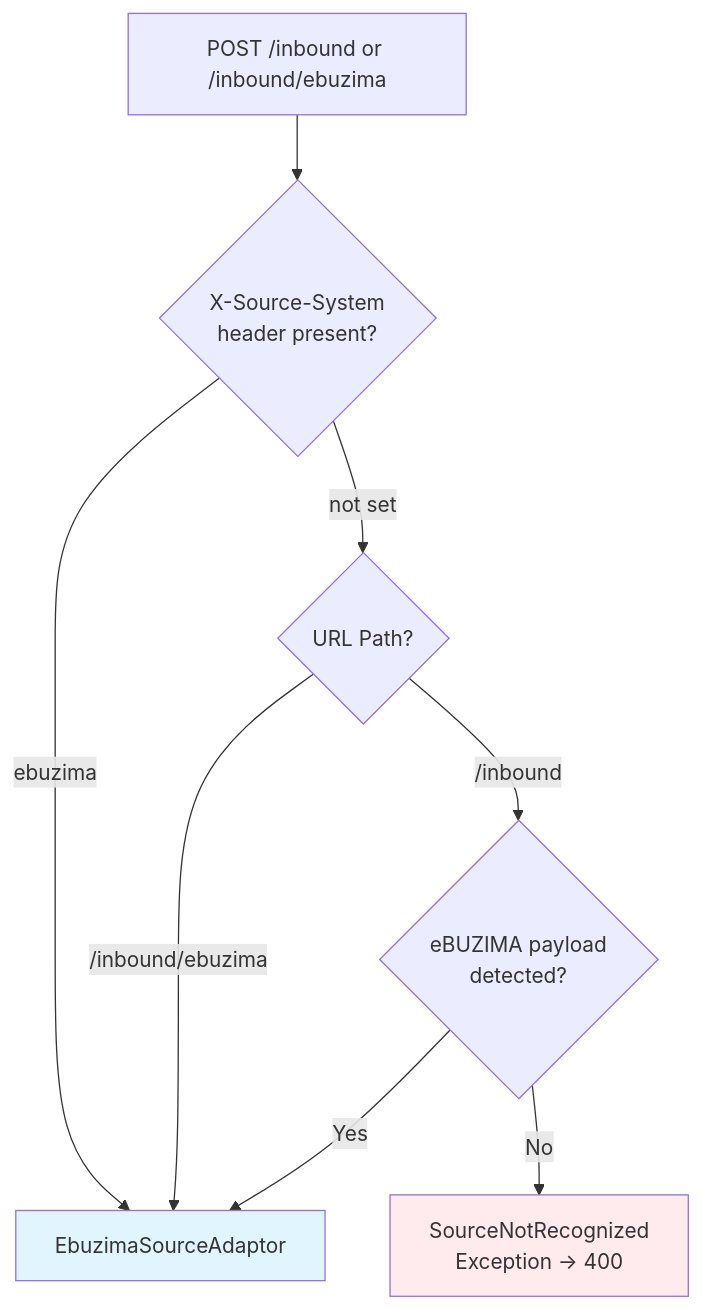
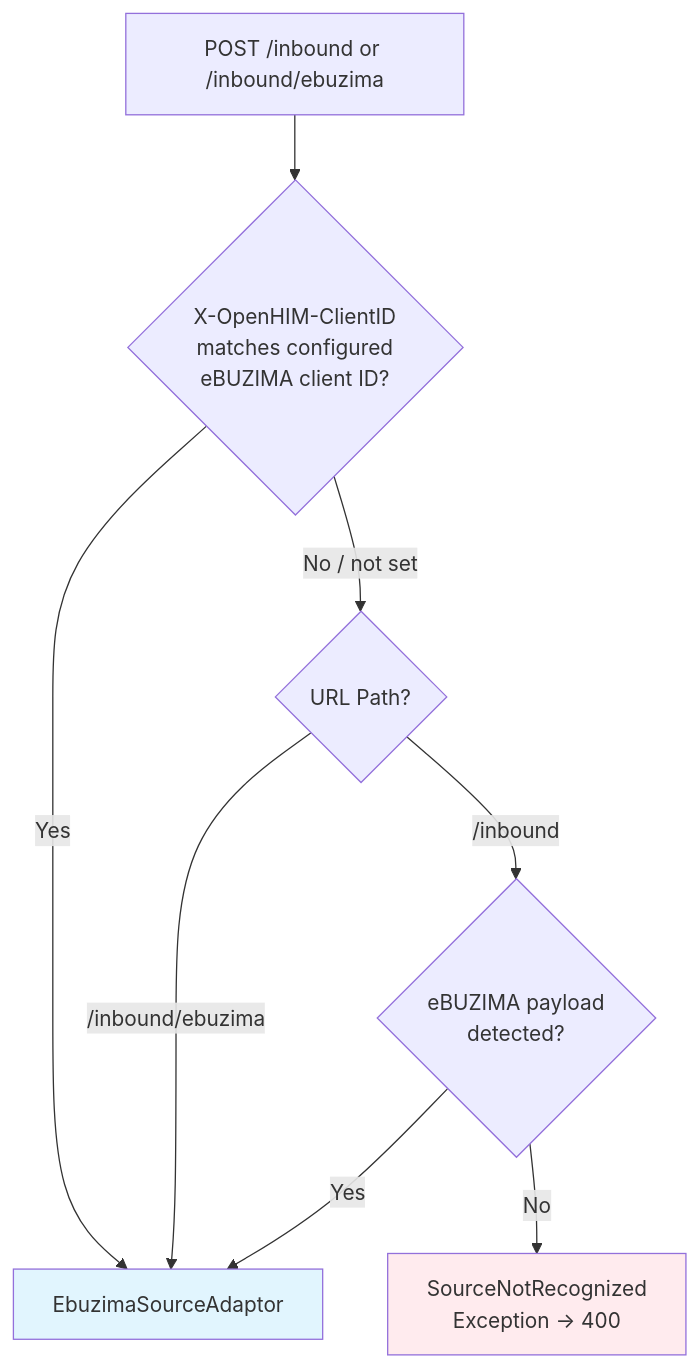
One commit to Jayaprakash8887/openhim-cce-emitter-adaptor changed the third of 9 diagrams in docs/flow-diagrams.md. Above: the diagram before and after it, drawn with Mermaid. The commit also changed 7 other files, not shown here.

````diff
--- a/docs/flow-diagrams.md
+++ b/docs/flow-diagrams.md
@@ -96,16 +96,16 @@
 ```mermaid
 flowchart TD
-    A[POST /inbound or /inbound/ebuzima] --> B{X-Source-System<br/>header present?}
+    A[POST /inbound or /inbound/ebuzima] --> B{X-OpenHIM-ClientID<br/>matches configured<br/>eBUZIMA client ID?}
 
-    B -->|"ebuzima"| C[EbuzimaSourceAdaptor]
-    B -->|not set| G{URL Path?}
+    B -->|Yes| C[EbuzimaSourceAdaptor]
+    B -->|No / not set| G{URL Path?}
 
     G -->|/inbound/ebuzima| C
     G -->|/inbound| H{eBUZIMA payload<br/>detected?}
 
     H -->|Yes| C
     H -->|No| J[SourceNotRecognized<br/>Exception → 400]
 
     style C fill:#e1f5fe
     style J fill:#ffebee
 ```
````
